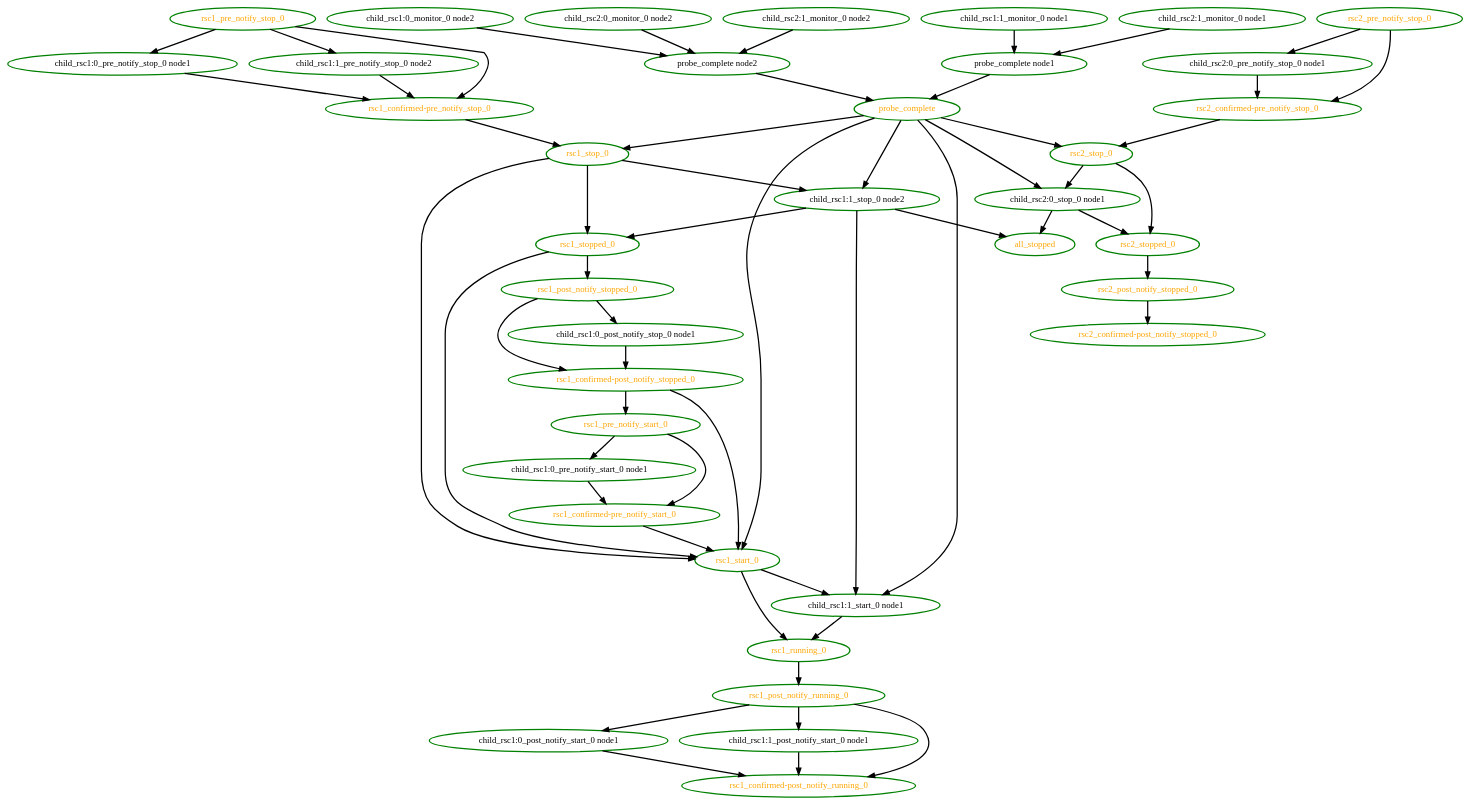
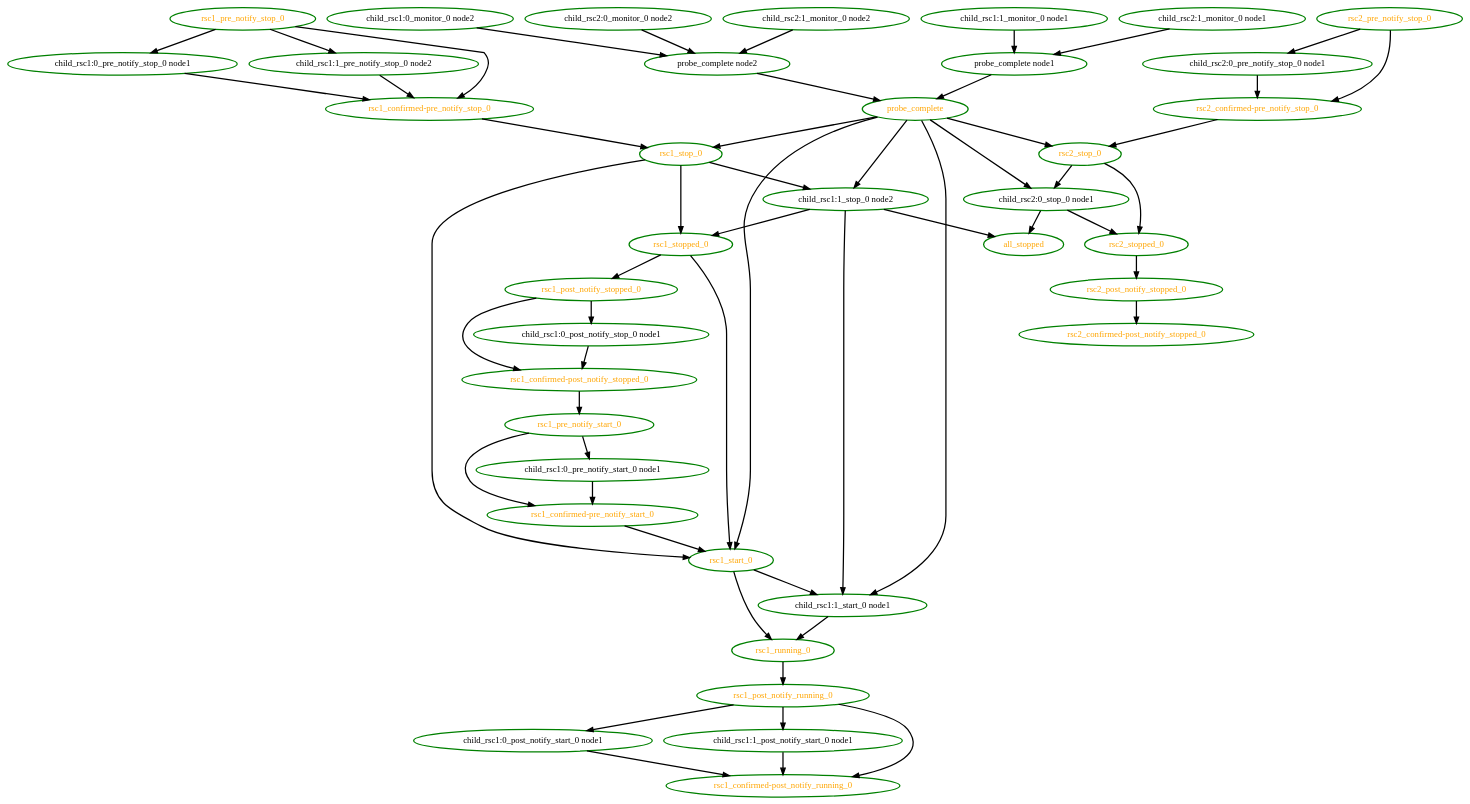
One commit to linux-ha-japan/pm_diskd changed the diagram in pengine/test10/notify-3.dot. Above: the diagram before and after it, drawn with Graphviz. The commit also changed 18 other files, not shown here.

```diff
--- a/pengine/test10/notify-3.dot
+++ b/pengine/test10/notify-3.dot
@@ -1,94 +1,93 @@
  digraph "g" {
 "all_stopped" [ style=bold color="green" fontcolor="orange"  ]
 "child_rsc1:0_monitor_0 node2" -> "probe_complete node2" [ style = bold]
 "child_rsc1:0_monitor_0 node2" [ style=bold color="green" fontcolor="black" ]
 "child_rsc1:0_post_notify_start_0 node1" -> "rsc1_confirmed-post_notify_running_0" [ style = bold]
 "child_rsc1:0_post_notify_start_0 node1" [ style=bold color="green" fontcolor="black" ]
 "child_rsc1:0_post_notify_stop_0 node1" -> "rsc1_confirmed-post_notify_stopped_0" [ style = bold]
 "child_rsc1:0_post_notify_stop_0 node1" [ style=bold color="green" fontcolor="black" ]
 "child_rsc1:0_pre_notify_start_0 node1" -> "rsc1_confirmed-pre_notify_start_0" [ style = bold]
 "child_rsc1:0_pre_notify_start_0 node1" [ style=bold color="green" fontcolor="black" ]
 "child_rsc1:0_pre_notify_stop_0 node1" -> "rsc1_confirmed-pre_notify_stop_0" [ style = bold]
 "child_rsc1:0_pre_notify_stop_0 node1" [ style=bold color="green" fontcolor="black" ]
 "child_rsc1:1_monitor_0 node1" -> "probe_complete node1" [ style = bold]
 "child_rsc1:1_monitor_0 node1" [ style=bold color="green" fontcolor="black" ]
 "child_rsc1:1_post_notify_start_0 node1" -> "rsc1_confirmed-post_notify_running_0" [ style = bold]
 "child_rsc1:1_post_notify_start_0 node1" [ style=bold color="green" fontcolor="black" ]
 "child_rsc1:1_pre_notify_stop_0 node2" -> "rsc1_confirmed-pre_notify_stop_0" [ style = bold]
 "child_rsc1:1_pre_notify_stop_0 node2" [ style=bold color="green" fontcolor="black" ]
 "child_rsc1:1_start_0 node1" -> "rsc1_running_0" [ style = bold]
 "child_rsc1:1_start_0 node1" [ style=bold color="green" fontcolor="black" ]
 "child_rsc1:1_stop_0 node2" -> "all_stopped" [ style = bold]
 "child_rsc1:1_stop_0 node2" -> "child_rsc1:1_start_0 node1" [ style = bold]
 "child_rsc1:1_stop_0 node2" -> "rsc1_stopped_0" [ style = bold]
 "child_rsc1:1_stop_0 node2" [ style=bold color="green" fontcolor="black" ]
 "child_rsc2:0_monitor_0 node2" -> "probe_complete node2" [ style = bold]
 "child_rsc2:0_monitor_0 node2" [ style=bold color="green" fontcolor="black" ]
 "child_rsc2:0_pre_notify_stop_0 node1" -> "rsc2_confirmed-pre_notify_stop_0" [ style = bold]
 "child_rsc2:0_pre_notify_stop_0 node1" [ style=bold color="green" fontcolor="black" ]
 "child_rsc2:0_stop_0 node1" -> "all_stopped" [ style = bold]
 "child_rsc2:0_stop_0 node1" -> "rsc2_stopped_0" [ style = bold]
 "child_rsc2:0_stop_0 node1" [ style=bold color="green" fontcolor="black" ]
 "child_rsc2:1_monitor_0 node1" -> "probe_complete node1" [ style = bold]
 "child_rsc2:1_monitor_0 node1" [ style=bold color="green" fontcolor="black" ]
 "child_rsc2:1_monitor_0 node2" -> "probe_complete node2" [ style = bold]
 "child_rsc2:1_monitor_0 node2" [ style=bold color="green" fontcolor="black" ]
 "probe_complete node1" -> "probe_complete" [ style = bold]
 "probe_complete node1" [ style=bold color="green" fontcolor="black" ]
 "probe_complete node2" -> "probe_complete" [ style = bold]
 "probe_complete node2" [ style=bold color="green" fontcolor="black" ]
 "probe_complete" -> "child_rsc1:1_start_0 node1" [ style = bold]
 "probe_complete" -> "child_rsc1:1_stop_0 node2" [ style = bold]
 "probe_complete" -> "child_rsc2:0_stop_0 node1" [ style = bold]
 "probe_complete" -> "rsc1_start_0" [ style = bold]
 "probe_complete" -> "rsc1_stop_0" [ style = bold]
 "probe_complete" -> "rsc2_stop_0" [ style = bold]
 "probe_complete" [ style=bold color="green" fontcolor="orange" ]
 "rsc1_confirmed-post_notify_running_0" [ style=bold color="green" fontcolor="orange" ]
 "rsc1_confirmed-post_notify_stopped_0" -> "rsc1_pre_notify_start_0" [ style = bold]
-"rsc1_confirmed-post_notify_stopped_0" -> "rsc1_start_0" [ style = bold]
 "rsc1_confirmed-post_notify_stopped_0" [ style=bold color="green" fontcolor="orange" ]
 "rsc1_confirmed-pre_notify_start_0" -> "rsc1_start_0" [ style = bold]
 "rsc1_confirmed-pre_notify_start_0" [ style=bold color="green" fontcolor="orange" ]
 "rsc1_confirmed-pre_notify_stop_0" -> "rsc1_stop_0" [ style = bold]
 "rsc1_confirmed-pre_notify_stop_0" [ style=bold color="green" fontcolor="orange" ]
 "rsc1_post_notify_running_0" -> "child_rsc1:0_post_notify_start_0 node1" [ style = bold]
 "rsc1_post_notify_running_0" -> "child_rsc1:1_post_notify_start_0 node1" [ style = bold]
 "rsc1_post_notify_running_0" -> "rsc1_confirmed-post_notify_running_0" [ style = bold]
 "rsc1_post_notify_running_0" [ style=bold color="green" fontcolor="orange" ]
 "rsc1_post_notify_stopped_0" -> "child_rsc1:0_post_notify_stop_0 node1" [ style = bold]
 "rsc1_post_notify_stopped_0" -> "rsc1_confirmed-post_notify_stopped_0" [ style = bold]
 "rsc1_post_notify_stopped_0" [ style=bold color="green" fontcolor="orange" ]
 "rsc1_pre_notify_start_0" -> "child_rsc1:0_pre_notify_start_0 node1" [ style = bold]
 "rsc1_pre_notify_start_0" -> "rsc1_confirmed-pre_notify_start_0" [ style = bold]
 "rsc1_pre_notify_start_0" [ style=bold color="green" fontcolor="orange" ]
 "rsc1_pre_notify_stop_0" -> "child_rsc1:0_pre_notify_stop_0 node1" [ style = bold]
 "rsc1_pre_notify_stop_0" -> "child_rsc1:1_pre_notify_stop_0 node2" [ style = bold]
 "rsc1_pre_notify_stop_0" -> "rsc1_confirmed-pre_notify_stop_0" [ style = bold]
 "rsc1_pre_notify_stop_0" [ style=bold color="green" fontcolor="orange" ]
 "rsc1_running_0" -> "rsc1_post_notify_running_0" [ style = bold]
 "rsc1_running_0" [ style=bold color="green" fontcolor="orange" ]
 "rsc1_start_0" -> "child_rsc1:1_start_0 node1" [ style = bold]
 "rsc1_start_0" -> "rsc1_running_0" [ style = bold]
 "rsc1_start_0" [ style=bold color="green" fontcolor="orange" ]
 "rsc1_stop_0" -> "child_rsc1:1_stop_0 node2" [ style = bold]
 "rsc1_stop_0" -> "rsc1_start_0" [ style = bold]
 "rsc1_stop_0" -> "rsc1_stopped_0" [ style = bold]
 "rsc1_stop_0" [ style=bold color="green" fontcolor="orange" ]
 "rsc1_stopped_0" -> "rsc1_post_notify_stopped_0" [ style = bold]
 "rsc1_stopped_0" -> "rsc1_start_0" [ style = bold]
 "rsc1_stopped_0" [ style=bold color="green" fontcolor="orange" ]
 "rsc2_confirmed-post_notify_stopped_0" [ style=bold color="green" fontcolor="orange" ]
 "rsc2_confirmed-pre_notify_stop_0" -> "rsc2_stop_0" [ style = bold]
 "rsc2_confirmed-pre_notify_stop_0" [ style=bold color="green" fontcolor="orange" ]
 "rsc2_post_notify_stopped_0" -> "rsc2_confirmed-post_notify_stopped_0" [ style = bold]
 "rsc2_post_notify_stopped_0" [ style=bold color="green" fontcolor="orange" ]
 "rsc2_pre_notify_stop_0" -> "child_rsc2:0_pre_notify_stop_0 node1" [ style = bold]
 "rsc2_pre_notify_stop_0" -> "rsc2_confirmed-pre_notify_stop_0" [ style = bold]
 "rsc2_pre_notify_stop_0" [ style=bold color="green" fontcolor="orange" ]
 "rsc2_stop_0" -> "child_rsc2:0_stop_0 node1" [ style = bold]
 "rsc2_stop_0" -> "rsc2_stopped_0" [ style = bold]
 "rsc2_stop_0" [ style=bold color="green" fontcolor="orange" ]
 "rsc2_stopped_0" -> "rsc2_post_notify_stopped_0" [ style = bold]
 "rsc2_stopped_0" [ style=bold color="green" fontcolor="orange" ]
 }
```
